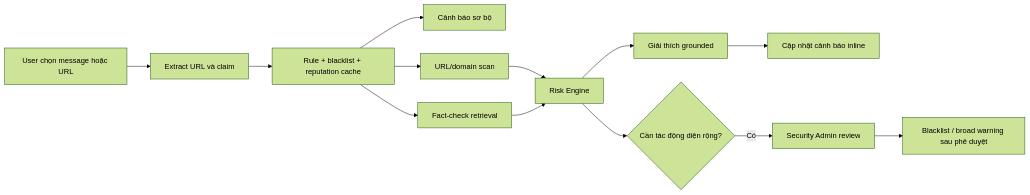
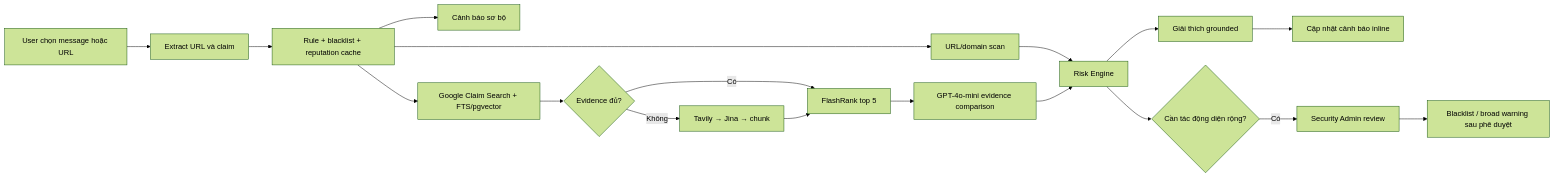
Before and after one commit to Binhdn04/TrustGuard-AI: the diagram in README.md, drawn with Mermaid (forest theme). The commit also changed other lines of this file and 15 other files, not shown here.

````diff
--- a/README.md
+++ b/README.md
@@ -31,15 +32,20 @@
 ```mermaid
 flowchart LR
     A[User chọn message hoặc URL] --> B[Extract URL và claim]
     B --> C[Rule + blacklist + reputation cache]
     C --> D[Cảnh báo sơ bộ]
     C --> E[URL/domain scan]
-    C --> F[Fact-check retrieval]
+    C --> F[Google Claim Search + FTS/pgvector]
+    F --> M{Evidence đủ?}
+    M -->|Có| O[FlashRank top 5]
+    M -->|Không| N[Tavily → Jina → chunk]
+    N --> O[FlashRank top 5]
+    O --> P[GPT-4o-mini evidence comparison]
     E --> G[Risk Engine]
-    F --> G
+    P --> G
     G --> H[Giải thích grounded]
     H --> I[Cập nhật cảnh báo inline]
     G --> J{Cần tác động diện rộng?}
     J -->|Có| K[Security Admin review]
     K --> L[Blacklist / broad warning sau phê duyệt]
 ```
````
